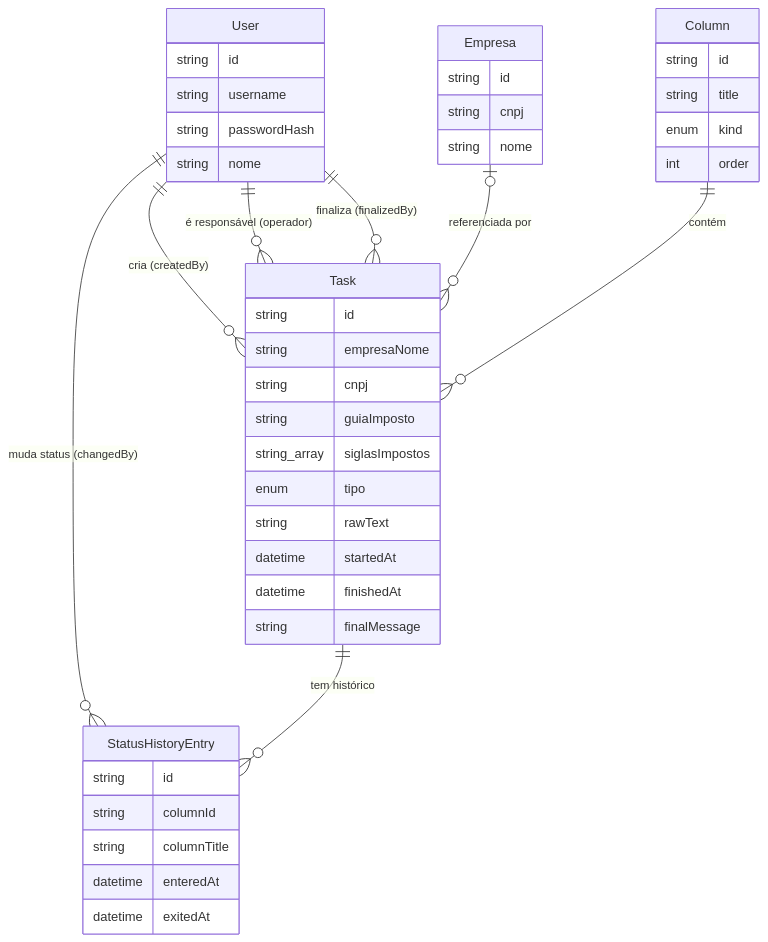
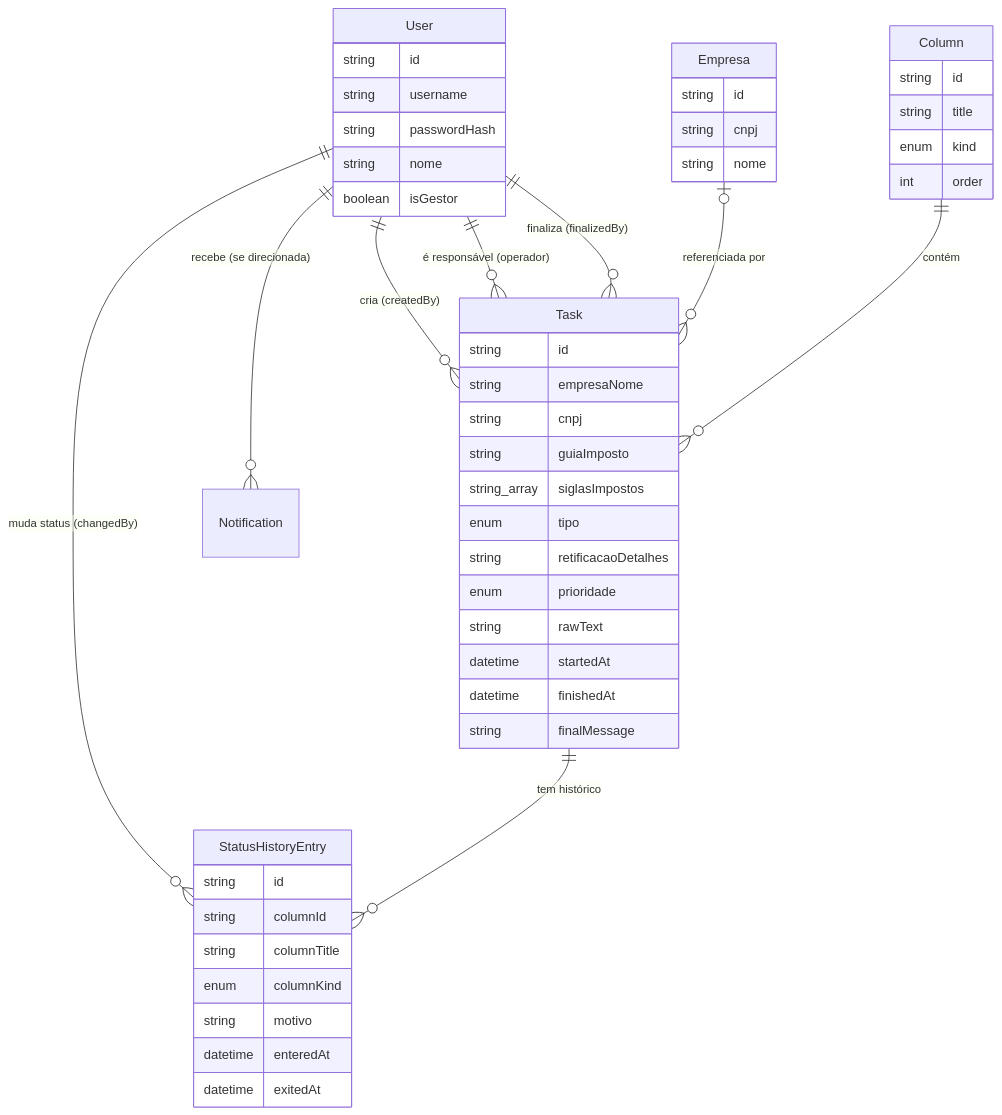
One commit to Clamilton/sistemas_reserva changed the diagram in 03 - Modelo de Dados.md. Above: the diagram before and after it, drawn with Mermaid. The commit also changed other lines of this file and 9 other files, not shown here.

First line of the commit message:
Documenta renomeação de colunas, prioridade/pausa com gestor e Retificação

````diff
--- a/03 - Modelo de Dados.md
+++ b/03 - Modelo de Dados.md
@@ -13,47 +13,53 @@
 ```mermaid
 erDiagram
     User ||--o{ Task : "cria (createdBy)"
     User ||--o{ Task : "é responsável (operador)"
     User ||--o{ Task : "finaliza (finalizedBy)"
     User ||--o{ StatusHistoryEntry : "muda status (changedBy)"
+    User ||--o{ Notification : "recebe (se direcionada)"
     Empresa |o--o{ Task : "referenciada por"
     Column ||--o{ Task : "contém"
     Task ||--o{ StatusHistoryEntry : "tem histórico"
 
     User {
         string id
         string username
         string passwordHash
         string nome
+        boolean isGestor
     }
     Empresa {
         string id
         string cnpj
         string nome
     }
     Column {
         string id
         string title
         enum kind
         int order
     }
     Task {
         string id
         string empresaNome
         string cnpj
         string guiaImposto
         string_array siglasImpostos
         enum tipo
+        string retificacaoDetalhes
+        enum prioridade
         string rawText
         datetime startedAt
         datetime finishedAt
         string finalMessage
     }
     StatusHistoryEntry {
         string id
         string columnId
         string columnTitle
+        enum columnKind
+        string motivo
         datetime enteredAt
         datetime exitedAt
     }
 ```
````
